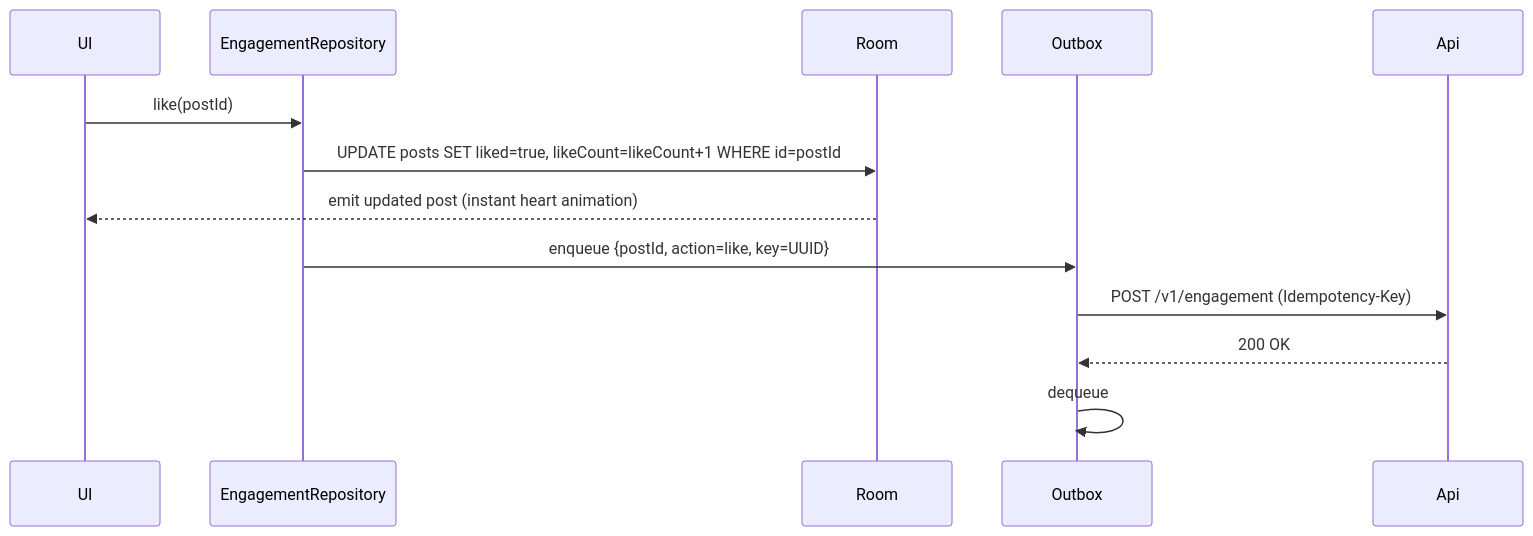
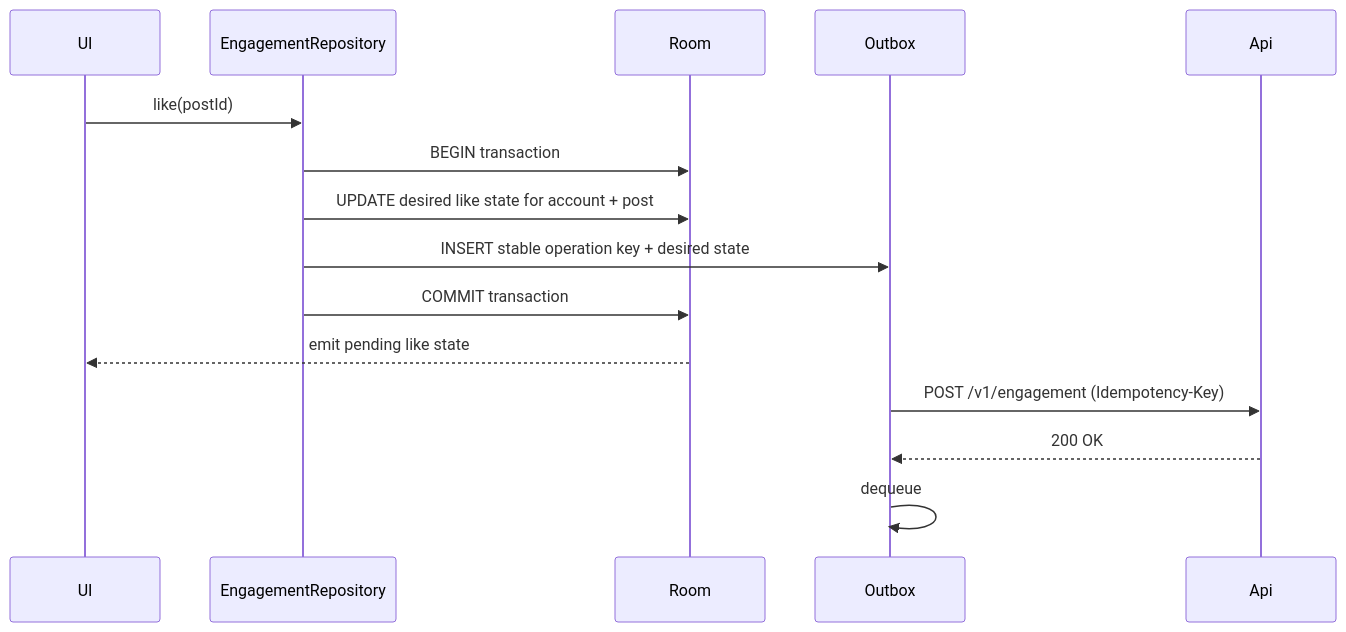
The third of 4 diagrams in reference-architectures/social-media-app.md (swarnsingh/android-staff-engineer-playbook-website), drawn with Mermaid before and after one commit. The commit also changed other lines of this file and 37 other files, not shown here.

Commit message:
Add the reviewed Reference Architectures chapters to the website

````diff
--- a/reference-architectures/social-media-app.md
+++ b/reference-architectures/social-media-app.md
@@ -135,16 +139,18 @@
 ```mermaid
 sequenceDiagram
     participant UI
     participant Repo as EngagementRepository
     participant Local as Room
     participant Out as Outbox
     participant Api
 
     UI->>Repo: like(postId)
-    Repo->>Local: UPDATE posts SET liked=true, likeCount=likeCount+1 WHERE id=postId
-    Local-->>UI: emit updated post (instant heart animation)
-    Repo->>Out: enqueue {postId, action=like, key=UUID}
+    Repo->>Local: BEGIN transaction
+    Repo->>Local: UPDATE desired like state for account + post
+    Repo->>Out: INSERT stable operation key + desired state
+    Repo->>Local: COMMIT transaction
+    Local-->>UI: emit pending like state
     Out->>Api: POST /v1/engagement (Idempotency-Key)
     Api-->>Out: 200 OK
     Out->>Out: dequeue
 ```
````
